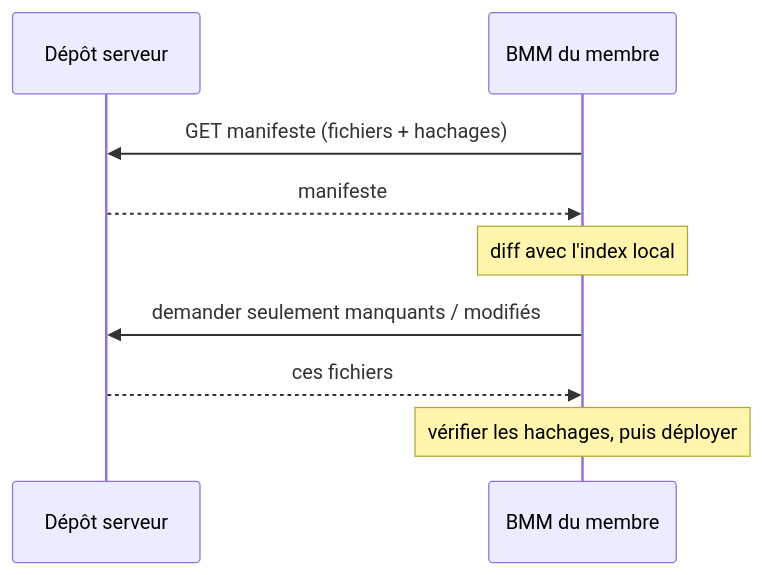
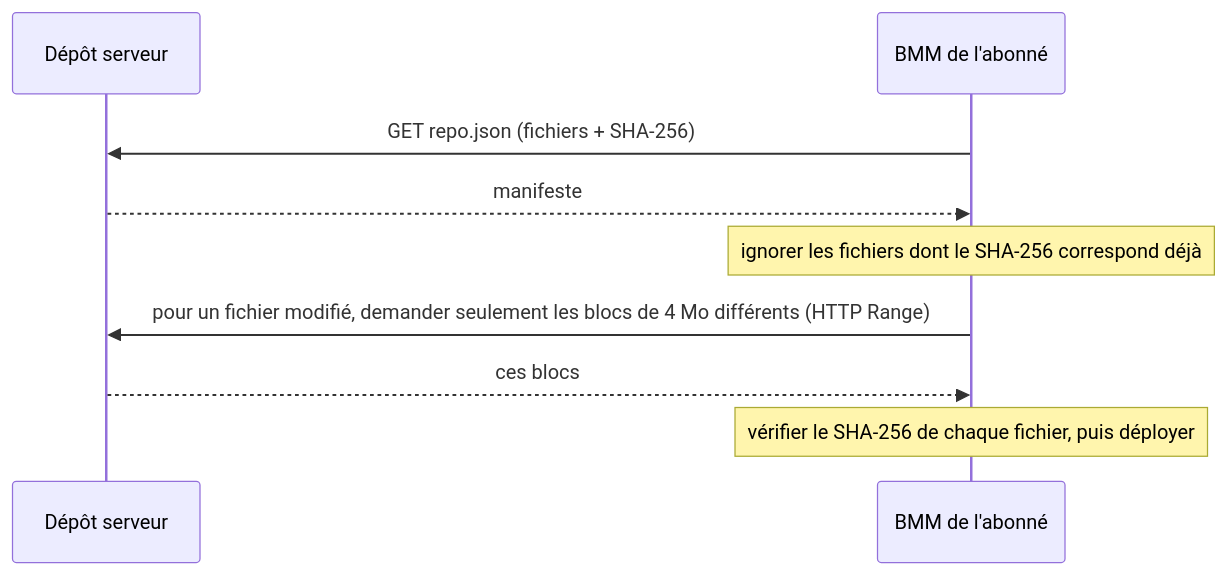
One commit to FreeProject089/BMM-Docs changed the second of 2 diagrams in docs/how-it-works/sync-repos.fr.md. Above: the diagram before and after it, drawn with Mermaid. The commit also changed other lines of this file and 5 other files, not shown here.

````diff
--- a/docs/how-it-works/sync-repos.fr.md
+++ b/docs/how-it-works/sync-repos.fr.md
@@ -13,11 +42,11 @@
 ```mermaid
 sequenceDiagram
     participant Host as Dépôt serveur
-    participant Client as BMM du membre
-    Client->>Host: GET manifeste (fichiers + hachages)
+    participant Client as BMM de l'abonné
+    Client->>Host: GET repo.json (fichiers + SHA-256)
     Host-->>Client: manifeste
-    Note over Client: diff avec l'index local
-    Client->>Host: demander seulement manquants / modifiés
-    Host-->>Client: ces fichiers
-    Note over Client: vérifier les hachages, puis déployer
+    Note over Client: ignorer les fichiers dont le SHA-256 correspond déjà
+    Client->>Host: pour un fichier modifié, demander seulement les blocs de 4 Mo différents (HTTP Range)
+    Host-->>Client: ces blocs
+    Note over Client: vérifier le SHA-256 de chaque fichier, puis déployer
 ```
````
